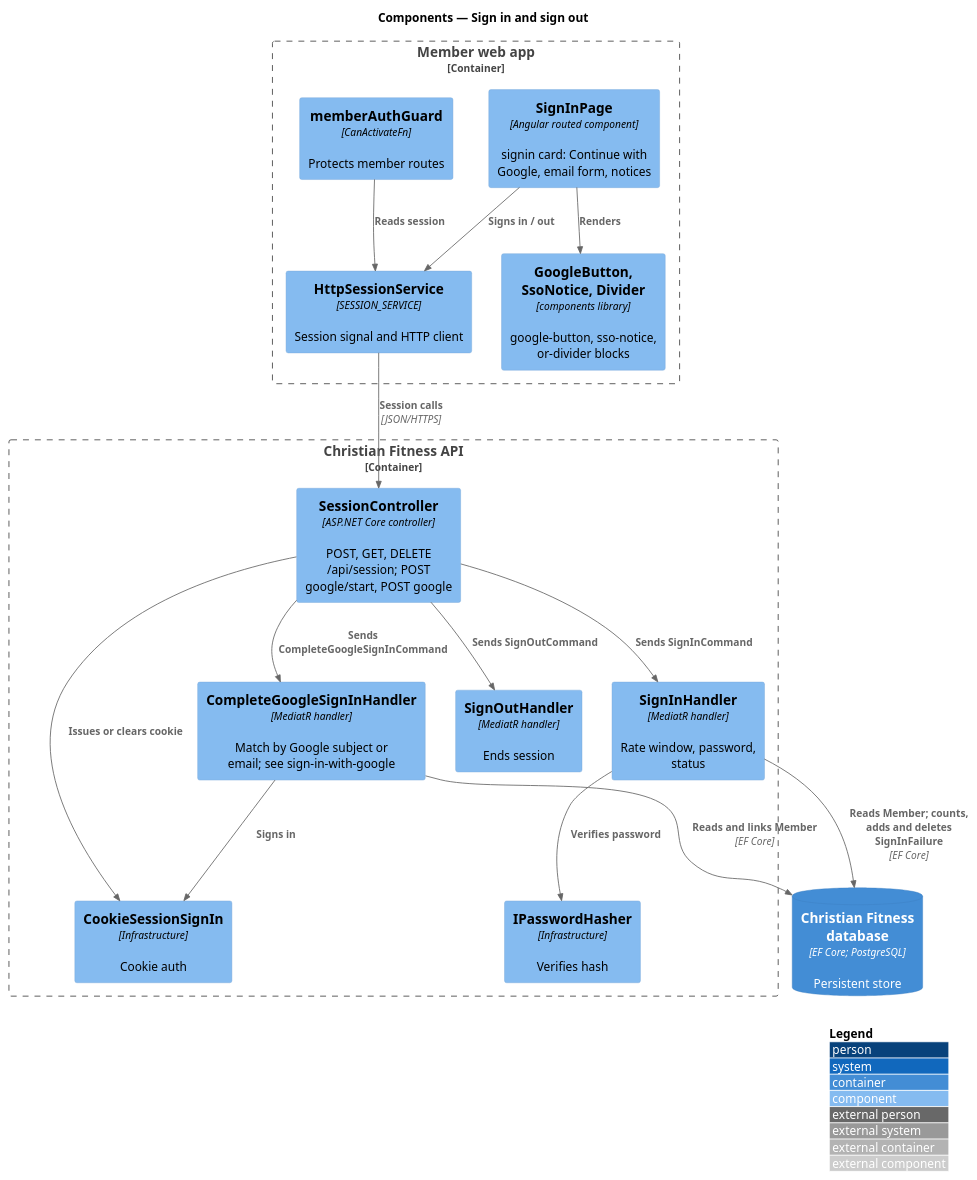
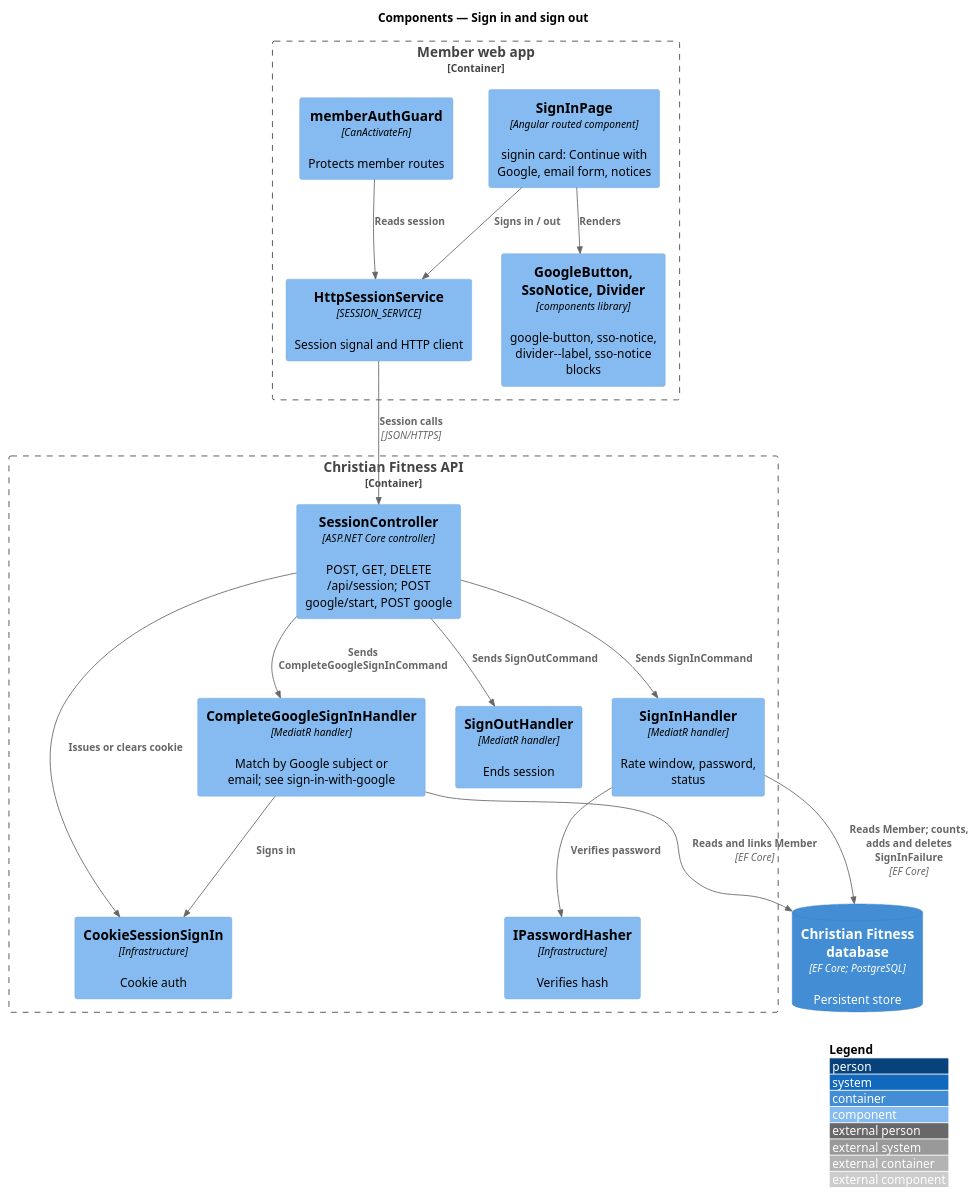
The diagram in docs/detailed-designs/member-access/sign-in-and-out/diagrams/c4-component.puml (QuinntyneBrown/christian-fitness), drawn with PlantUML before and after one commit. The commit also changed 218 other files, not shown here.

```diff
--- a/docs/detailed-designs/member-access/sign-in-and-out/diagrams/c4-component.puml
+++ b/docs/detailed-designs/member-access/sign-in-and-out/diagrams/c4-component.puml
@@ -1,34 +1,34 @@
 @startuml
 !include <C4/C4_Component>
 LAYOUT_WITH_LEGEND()
 title Components — Sign in and sign out
 
 Container_Boundary(web, "Member web app") {
   Component(page, "SignInPage", "Angular routed component", "signin card: Continue with Google, email form, notices")
-  Component(ui, "GoogleButton, SsoNotice, Divider", "components library", "google-button, sso-notice, or-divider blocks")
+  Component(ui, "GoogleButton, SsoNotice, Divider", "components library", "google-button, sso-notice, divider--label, sso-notice blocks")
   Component(guard, "memberAuthGuard", "CanActivateFn", "Protects member routes")
   Component(svc, "HttpSessionService", "SESSION_SERVICE", "Session signal and HTTP client")
 }
 Container_Boundary(api, "Christian Fitness API") {
   Component(ctrl, "SessionController", "ASP.NET Core controller", "POST, GET, DELETE /api/session; POST google/start, POST google")
   Component(g, "CompleteGoogleSignInHandler", "MediatR handler", "Match by Google subject or email; see sign-in-with-google")
   Component(h, "SignInHandler", "MediatR handler", "Rate window, password, status")
   Component(o, "SignOutHandler", "MediatR handler", "Ends session")
   Component(hash, "IPasswordHasher", "Infrastructure", "Verifies hash")
   Component(sess, "CookieSessionSignIn", "Infrastructure", "Cookie auth")
 }
 ContainerDb(db, "Christian Fitness database", "EF Core; PostgreSQL", "Persistent store")
 
 Rel(guard, svc, "Reads session")
 Rel(page, svc, "Signs in / out")
 Rel(svc, ctrl, "Session calls", "JSON/HTTPS")
 Rel(ctrl, h, "Sends SignInCommand")
 Rel(ctrl, o, "Sends SignOutCommand")
 Rel(page, ui, "Renders")
 Rel(ctrl, g, "Sends CompleteGoogleSignInCommand")
 Rel(g, db, "Reads and links Member", "EF Core")
 Rel(g, sess, "Signs in")
 Rel(h, hash, "Verifies password")
 Rel(h, db, "Reads Member; counts, adds and deletes SignInFailure", "EF Core")
 Rel(ctrl, sess, "Issues or clears cookie")
 @enduml
```
